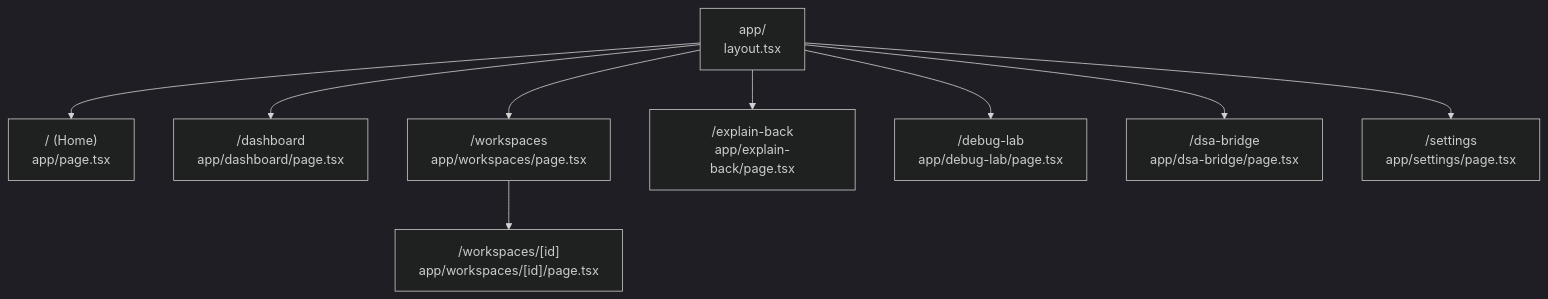
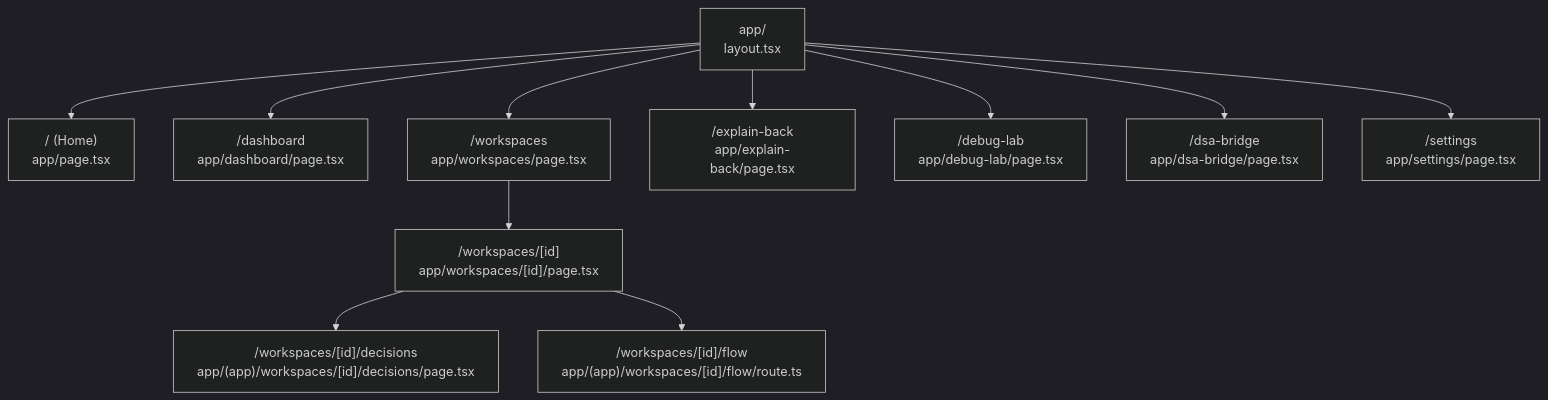
The second of 5 diagrams in docs/GRAPHIFY_MAP.md (SheeshDarth/NirmiqCodeSensei), drawn with Mermaid (dark theme) before and after one commit. The commit also changed other lines of this file and 13 other files, not shown here.

Commit message:
docs: add learning map master plan, production roadmap and updates

````diff
--- a/docs/GRAPHIFY_MAP.md
+++ b/docs/GRAPHIFY_MAP.md
@@ -55,21 +57,25 @@
 ```mermaid
 graph TD
     Root["app/\nlayout.tsx"]
     Home["/ (Home)\napp/page.tsx"]
     Dashboard["  /dashboard\n  app/dashboard/page.tsx"]
     Workspaces["/workspaces\napp/workspaces/page.tsx"]
     WorkspaceDetail["/workspaces/[id]\napp/workspaces/[id]/page.tsx"]
     ExplainBack["/explain-back\napp/explain-back/page.tsx"]
     DebugLab["/debug-lab\napp/debug-lab/page.tsx"]
     DSABridge["/dsa-bridge\napp/dsa-bridge/page.tsx"]
     Settings["/settings\napp/settings/page.tsx"]
+    Decisions["/workspaces/[id]/decisions\napp/(app)/workspaces/[id]/decisions/page.tsx"]
+    FlowExport["/workspaces/[id]/flow\napp/(app)/workspaces/[id]/flow/route.ts"]
 
     Root --> Home
     Root --> Dashboard
     Root --> Workspaces
     Workspaces --> WorkspaceDetail
+    WorkspaceDetail --> Decisions
+    WorkspaceDetail --> FlowExport
     Root --> ExplainBack
     Root --> DebugLab
     Root --> DSABridge
     Root --> Settings
 ```
````
